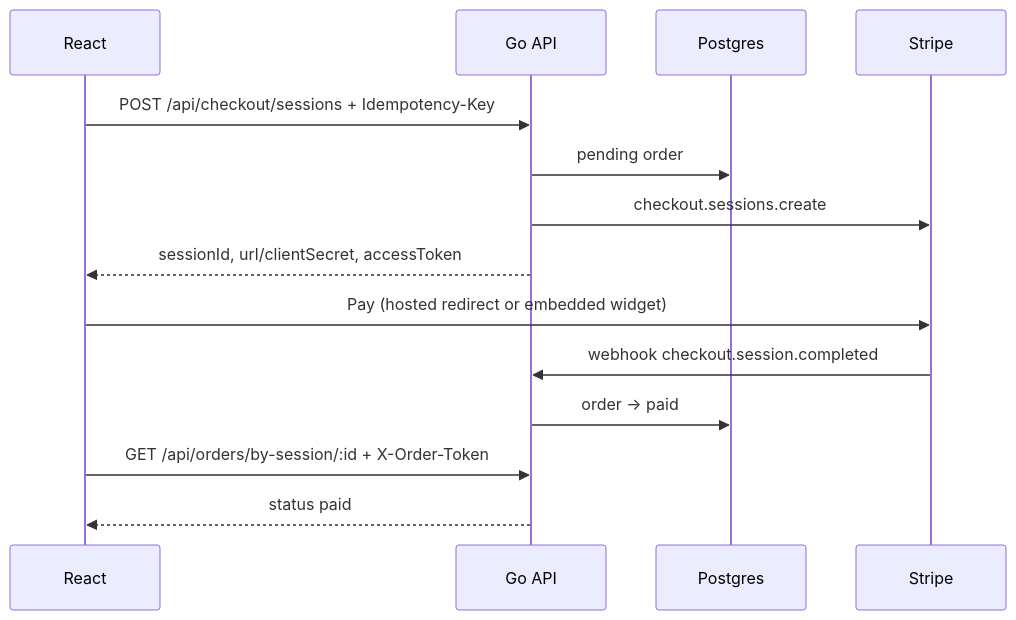
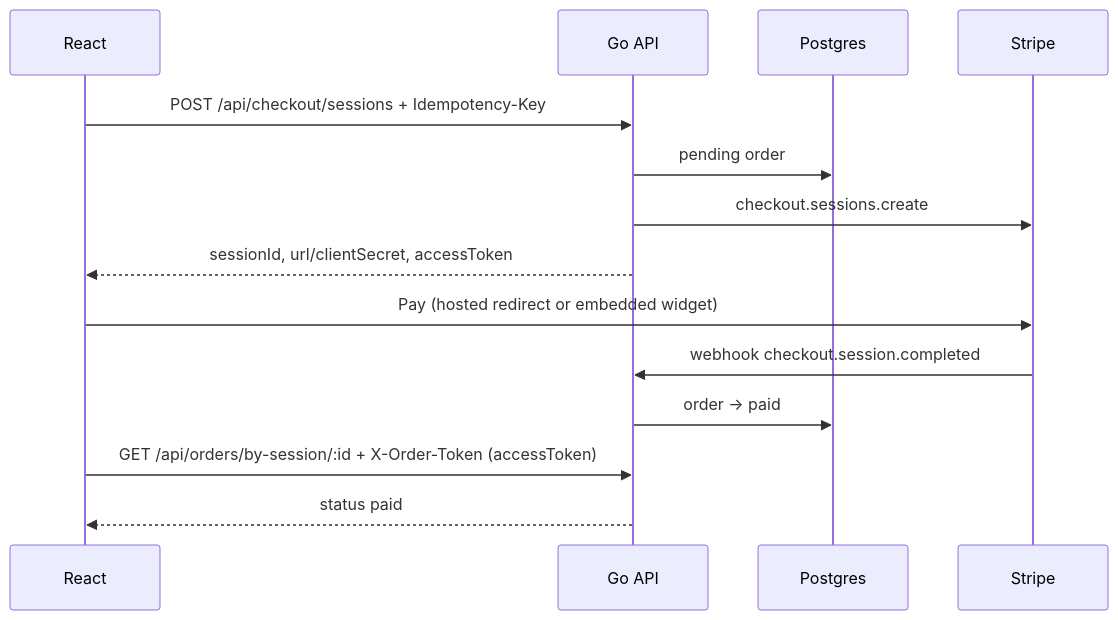
One commit to LiamYaoLian/stripe-payment-integration-prototype changed the diagram in PLAN.md. Above: the diagram before and after it, drawn with Mermaid.

Commit message:
chore - comment abount accessToken

````diff
--- a/PLAN.md
+++ b/PLAN.md
@@ -23,19 +23,19 @@
 ```mermaid
 sequenceDiagram
     participant FE as React
     participant API as Go API
     participant DB as Postgres
     participant Stripe
 
     FE->>API: POST /api/checkout/sessions + Idempotency-Key
     API->>DB: pending order
     API->>Stripe: checkout.sessions.create
     API-->>FE: sessionId, url/clientSecret, accessToken
 
     FE->>Stripe: Pay (hosted redirect or embedded widget)
     Stripe->>API: webhook checkout.session.completed
     API->>DB: order → paid
 
-    FE->>API: GET /api/orders/by-session/:id + X-Order-Token
+    FE->>API: GET /api/orders/by-session/:id + X-Order-Token (accessToken)
     API-->>FE: status paid
 ```
````
